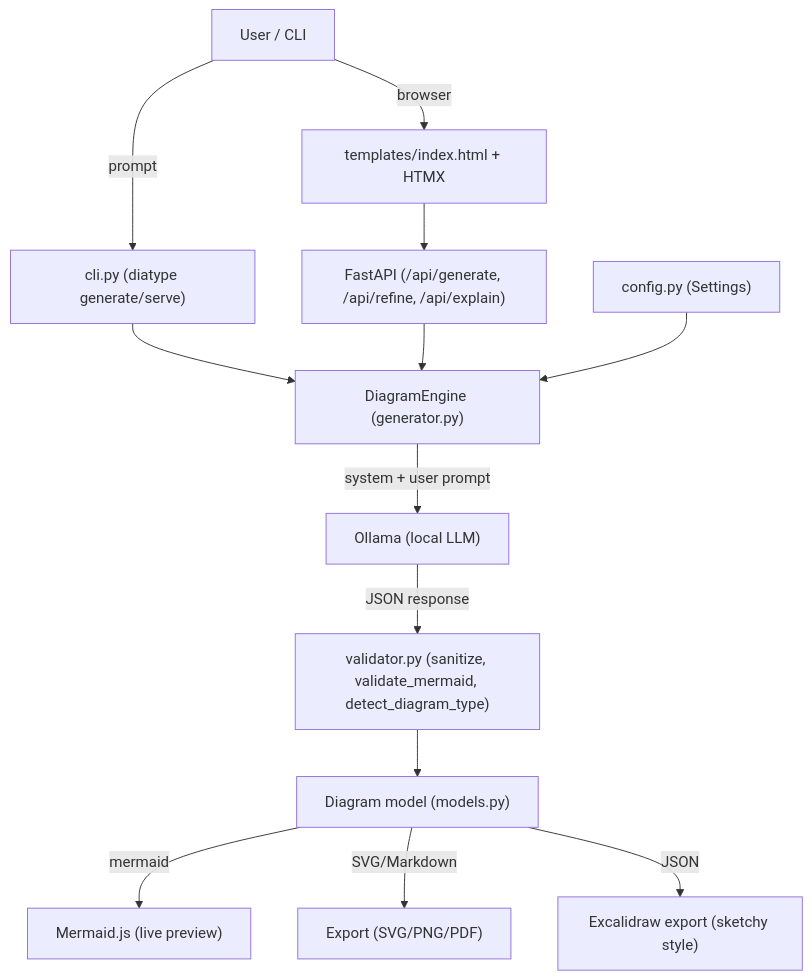
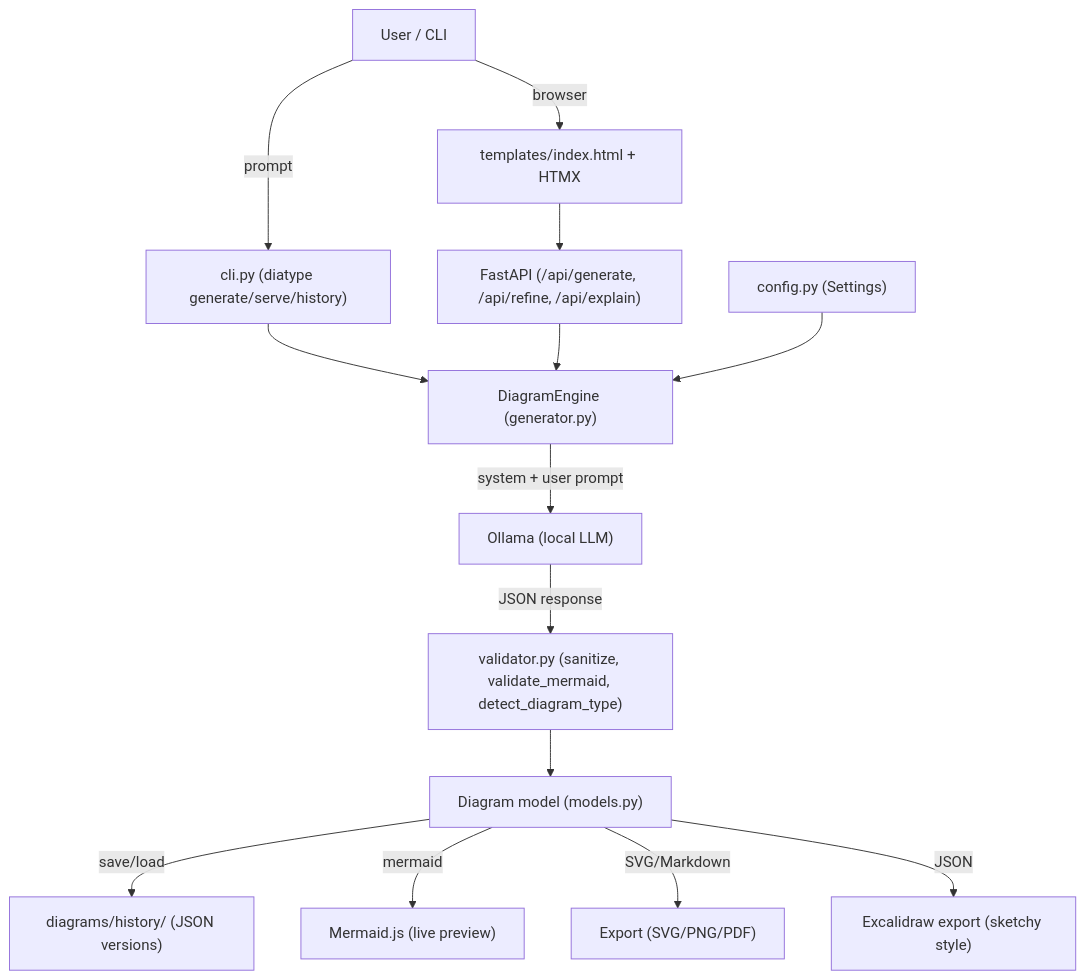
The diagram in README.md (ajendras/diatype), drawn with Mermaid before and after one commit. The commit also changed other lines of this file and 5 other files, not shown here.

Commit message:
feat(history): implement diagram history with simple file-based versioning

````diff
--- a/README.md
+++ b/README.md
@@ -197,15 +231,16 @@
 ```mermaid
 flowchart TD
-    User[User / CLI] -->|prompt| CLI["cli.py (diatype generate/serve)"]
+    User[User / CLI] -->|prompt| CLI["cli.py (diatype generate/serve/history)"]
     User -->|browser| UI["templates/index.html + HTMX"]
     CLI --> Engine["DiagramEngine (generator.py)"]
     UI --> FastAPI["FastAPI (/api/generate, /api/refine, /api/explain)"]
     FastAPI --> Engine
     Engine -->|system + user prompt| Ollama["Ollama (local LLM)"]
     Ollama -->|JSON response| Validator["validator.py (sanitize, validate_mermaid, detect_diagram_type)"]
     Validator --> Diagram["Diagram model (models.py)"]
+    Diagram -->|save/load| History["diagrams/history/ (JSON versions)"]
     Diagram -->|mermaid| Renderer["Mermaid.js (live preview)"]
     Diagram -->|SVG/Markdown| Export["Export (SVG/PNG/PDF)"]
     Diagram -->|JSON| Excalidraw["Excalidraw export (sketchy style)"]
     Config["config.py (Settings)"] --> Engine
 ```
````
